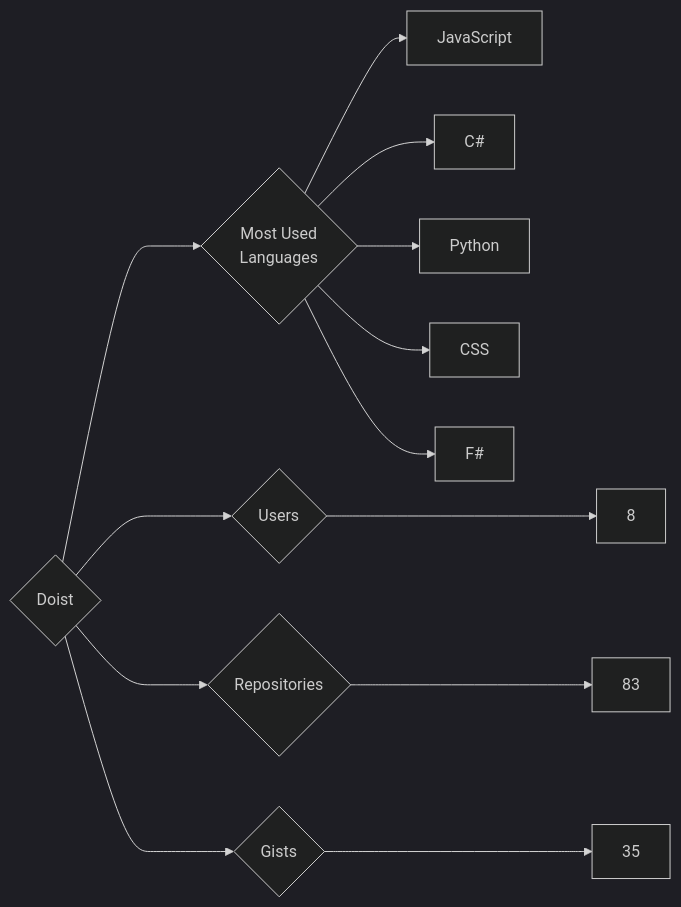
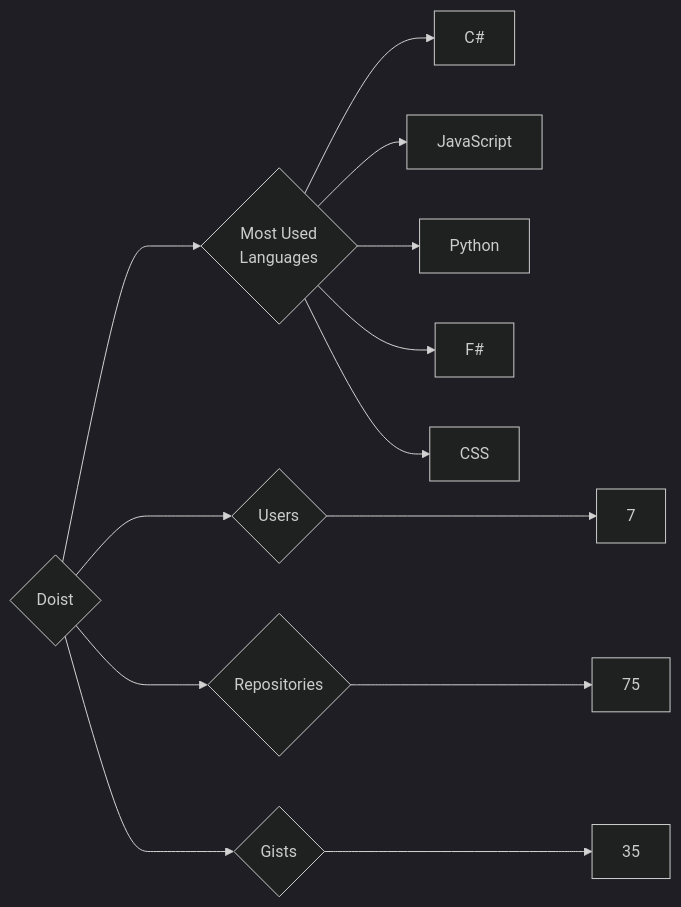
One commit to trickest/insiders changed the diagram in targets/Doist/README.md. Above: the diagram before and after it, drawn with Mermaid (dark theme). The commit also changed 1170 other files, not shown here.

````diff
--- a/targets/Doist/README.md
+++ b/targets/Doist/README.md
@@ -3,13 +3,13 @@
 ```mermaid
 graph LR
 COMPANY_NAME{Doist}
-COMPANY_NAME ---> U{Users} ---> UN[8]
-COMPANY_NAME ---> R{Repositories} ---> RN[83]
+COMPANY_NAME ---> U{Users} ---> UN[7]
+COMPANY_NAME ---> R{Repositories} ---> RN[75]
 COMPANY_NAME ---> G{Gists} ---> GN[35]
 COMPANY_NAME ---> ML{Most Used<br>Languages}
+ML --> C#[C#]
 ML --> JavaScript[JavaScript]
-ML --> C#[C#]
 ML --> Python[Python]
+ML --> F#[F#]
 ML --> CSS[CSS]
-ML --> F#[F#]
 ```
````
